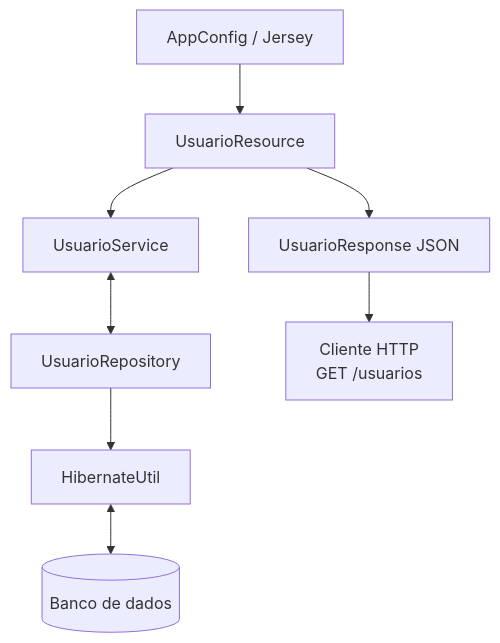
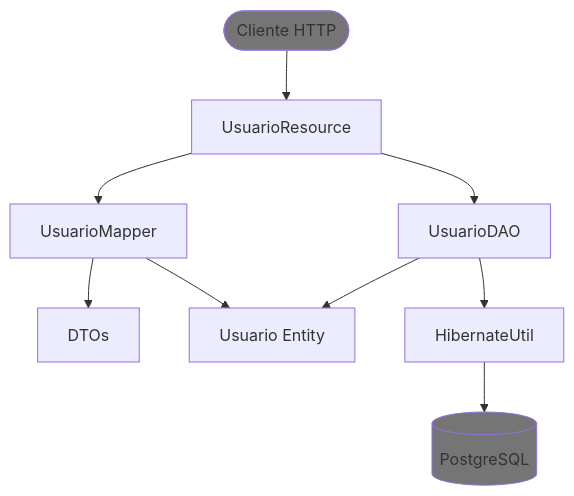
One commit to caruazu/api-bike changed the diagram in README.md. Above: the diagram before and after it, drawn with Mermaid. The commit also changed other lines of this file and 4 other files, not shown here.

````diff
--- a/README.md
+++ b/README.md
@@ -110,9 +77,11 @@
-```mermaid
+```mermaid  
 flowchart TB
-    C["AppConfig / Jersey"] --> D["UsuarioResource"]
-    D --> E["UsuarioService"] & I["UsuarioResponse JSON"]
-    E <--> F["UsuarioRepository"]
-    F --> G["HibernateUtil"]
-    G <--> H[("Banco de dados")]
-    I --> A["Cliente HTTP\nGET /usuarios"]
-```
+    A(["Cliente HTTP"]) --> B["UsuarioResource"]
+    B --> C["UsuarioMapper"] & D["UsuarioDAO"]
+    C --> E["DTOs"] & F["Usuario Entity"]
+    D --> F & G["HibernateUtil"]
+    G --> H[("PostgreSQL")]
+
+    style A fill:#757575
+    style H fill:#757575
+```  
````
